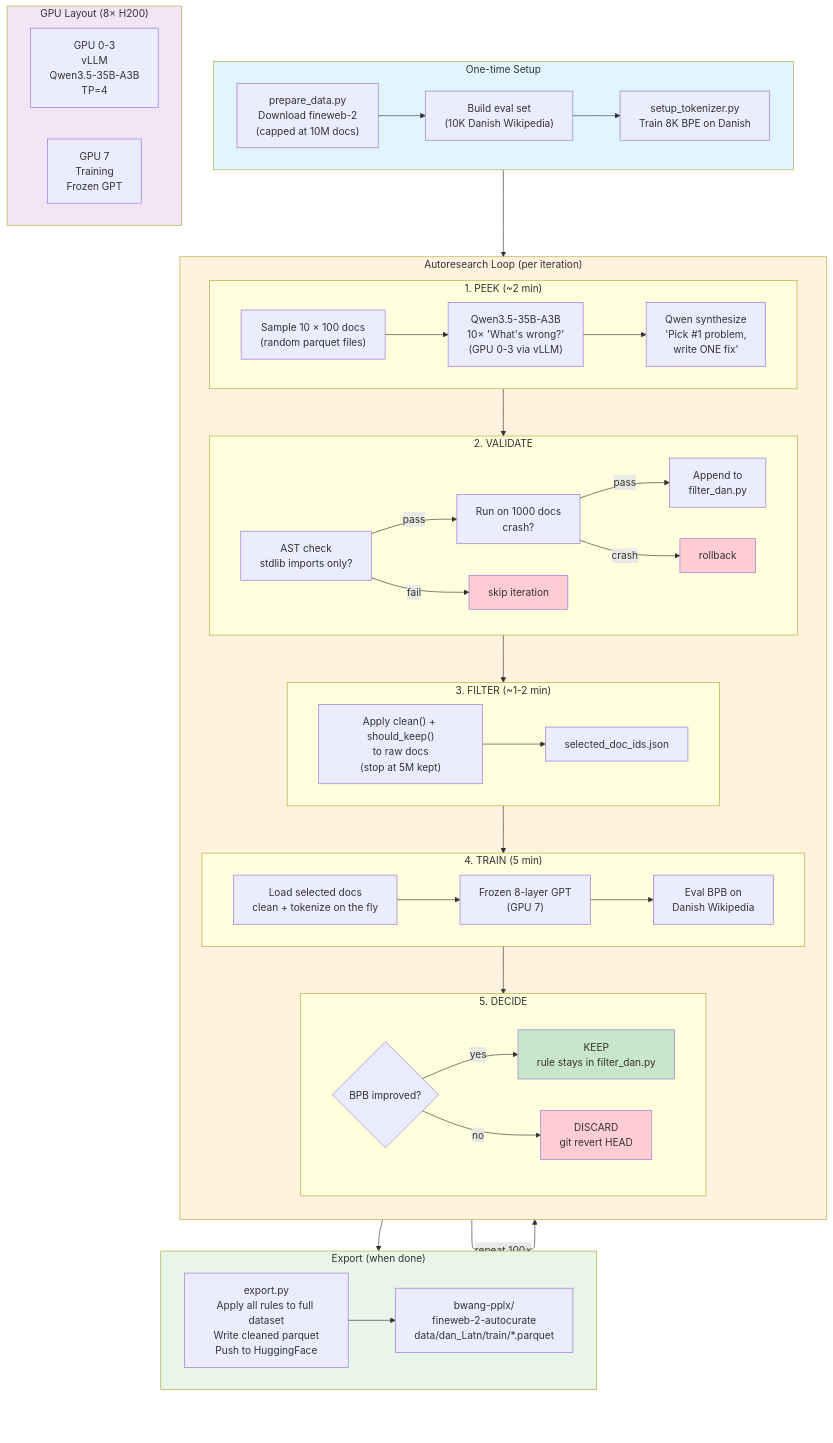
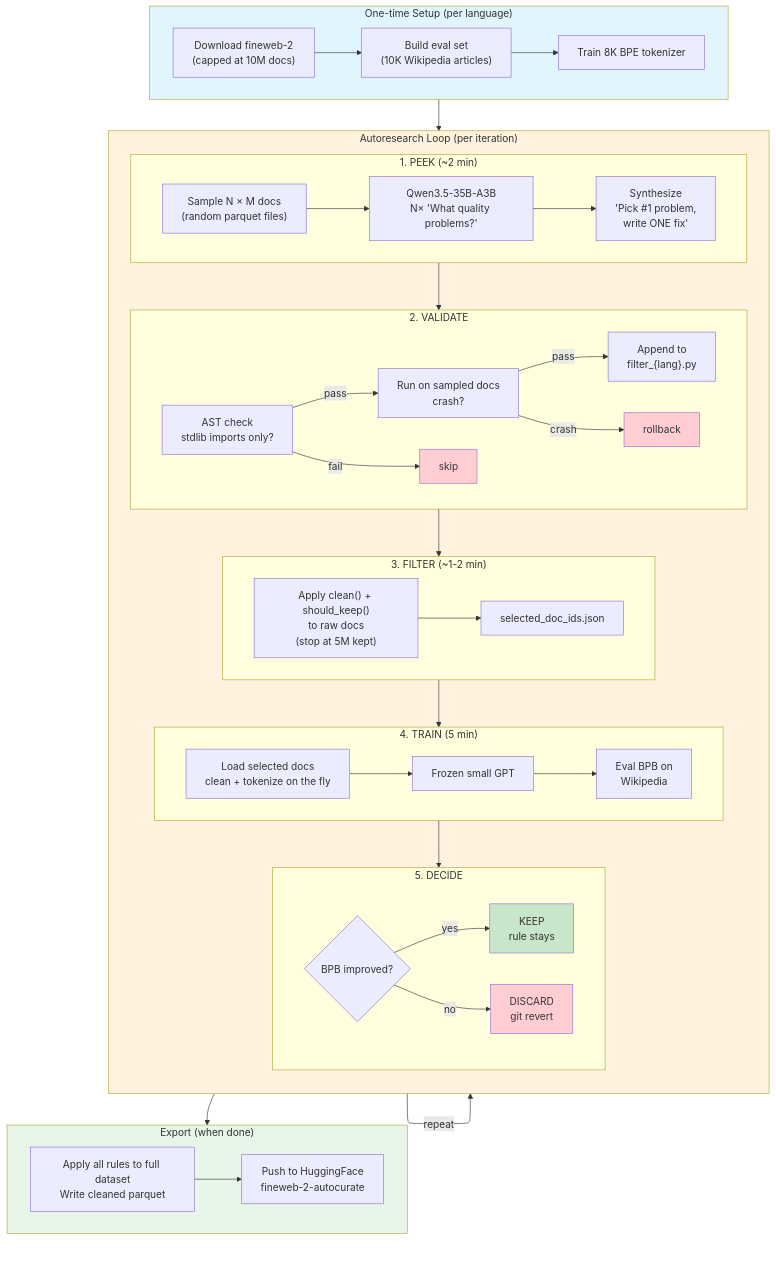
The diagram in ARCHITECTURE.md (bwang-pplx/autocurate), drawn with Mermaid before and after one commit. The commit also changed other lines of this file, not shown here.

Commit message:
Simplify diagram: language-agnostic, drop file roles and schedule

````diff
--- a/ARCHITECTURE.md
+++ b/ARCHITECTURE.md
@@ -1,77 +1,70 @@
 ```mermaid
 flowchart TB
-    subgraph SETUP["One-time Setup"]
-        DL["prepare_data.py<br/>Download fineweb-2<br/>(capped at 10M docs)"]
-        EVAL["Build eval set<br/>(10K Danish Wikipedia)"]
-        TOK["setup_tokenizer.py<br/>Train 8K BPE on Danish"]
+    subgraph SETUP["One-time Setup (per language)"]
+        DL["Download fineweb-2<br/>(capped at 10M docs)"]
+        EVAL["Build eval set<br/>(10K Wikipedia articles)"]
+        TOK["Train 8K BPE tokenizer"]
         DL --> EVAL --> TOK
     end
 
     subgraph LOOP["Autoresearch Loop (per iteration)"]
         direction TB
 
         subgraph PEEK["1. PEEK (~2 min)"]
-            SAMPLE["Sample 10 × 100 docs<br/>(random parquet files)"]
-            QWEN_OBS["Qwen3.5-35B-A3B<br/>10× 'What's wrong?'<br/>(GPU 0-3 via vLLM)"]
-            QWEN_SYN["Qwen synthesize<br/>'Pick #1 problem,<br/>write ONE fix'"]
+            SAMPLE["Sample N × M docs<br/>(random parquet files)"]
+            QWEN_OBS["Qwen3.5-35B-A3B<br/>N× 'What quality problems?'"]
+            QWEN_SYN["Synthesize<br/>'Pick #1 problem,<br/>write ONE fix'"]
             SAMPLE --> QWEN_OBS --> QWEN_SYN
         end
 
         subgraph VALIDATE["2. VALIDATE"]
             AST["AST check<br/>stdlib imports only?"]
-            RUN["Run on 1000 docs<br/>crash?"]
-            APPEND["Append to<br/>filter_dan.py"]
+            RUN["Run on sampled docs<br/>crash?"]
+            APPEND["Append to<br/>filter_{lang}.py"]
             AST -->|pass| RUN -->|pass| APPEND
-            AST -->|fail| SKIP1["skip iteration"]
+            AST -->|fail| SKIP1["skip"]
             RUN -->|crash| ROLLBACK["rollback"]
         end
 
         subgraph FILTER["3. FILTER (~1-2 min)"]
             APPLY["Apply clean() + should_keep()<br/>to raw docs<br/>(stop at 5M kept)"]
             IDS["selected_doc_ids.json"]
             APPLY --> IDS
         end
 
         subgraph TRAIN["4. TRAIN (5 min)"]
             LOAD["Load selected docs<br/>clean + tokenize on the fly"]
-            MODEL["Frozen 8-layer GPT<br/>(GPU 7)"]
-            BPB["Eval BPB on<br/>Danish Wikipedia"]
+            MODEL["Frozen small GPT"]
+            BPB["Eval BPB on<br/>Wikipedia"]
             LOAD --> MODEL --> BPB
         end
 
         subgraph DECIDE["5. DECIDE"]
             CMP{BPB improved?}
-            KEEP["KEEP<br/>rule stays in filter_dan.py"]
-            DISCARD["DISCARD<br/>git revert HEAD"]
+            KEEP["KEEP<br/>rule stays"]
+            DISCARD["DISCARD<br/>git revert"]
             CMP -->|yes| KEEP
             CMP -->|no| DISCARD
         end
 
         PEEK --> VALIDATE --> FILTER --> TRAIN --> DECIDE
     end
 
     subgraph EXPORT["Export (when done)"]
-        EXP["export.py<br/>Apply all rules to full dataset<br/>Write cleaned parquet<br/>Push to HuggingFace"]
-        HF["bwang-pplx/<br/>fineweb-2-autocurate<br/>data/dan_Latn/train/*.parquet"]
+        EXP["Apply all rules to full dataset<br/>Write cleaned parquet"]
+        HF["Push to HuggingFace<br/>fineweb-2-autocurate"]
         EXP --> HF
     end
 
     SETUP --> LOOP
-    LOOP -->|"repeat 100×"| LOOP
+    LOOP -->|repeat| LOOP
     LOOP --> EXPORT
-
-    subgraph GPU_LAYOUT["GPU Layout (8× H200)"]
-        direction LR
-        G03["GPU 0-3<br/>vLLM<br/>Qwen3.5-35B-A3B<br/>TP=4"]
-        G7["GPU 7<br/>Training<br/>Frozen GPT"]
-    end
 
     style SETUP fill:#e1f5fe
     style LOOP fill:#fff3e0
     style EXPORT fill:#e8f5e9
-    style GPU_LAYOUT fill:#f3e5f5
     style KEEP fill:#c8e6c9
     style DISCARD fill:#ffcdd2
     style ROLLBACK fill:#ffcdd2
     style SKIP1 fill:#ffcdd2
 ```
````
